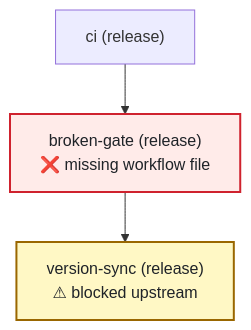
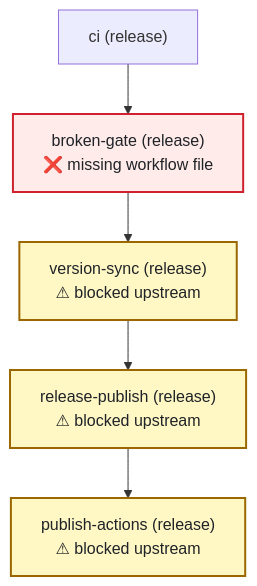
One commit to aeswibon/pipeline-compose changed the second of 2 diagrams in docs/mermaid-demo.md. Above: the diagram before and after it, drawn with Mermaid. The commit also changed other lines of this file and 3 other files, not shown here.

First line of the commit message:
docs: reference PR #7 for annotated mermaid failure demo

````diff
--- a/docs/mermaid-demo.md
+++ b/docs/mermaid-demo.md
@@ -49,10 +51,14 @@
 ```mermaid
 flowchart TD
   ci["ci (release)"]
   broken_gate["broken-gate (release)<br/>❌ missing workflow file"]:::error
   version_sync["version-sync (release)<br/>⚠ blocked upstream"]:::blocked
+  release_publish["release-publish (release)<br/>⚠ blocked upstream"]:::blocked
+  publish_actions["publish-actions (release)<br/>⚠ blocked upstream"]:::blocked
   ci --> broken_gate
   broken_gate --> version_sync
+  version_sync --> release_publish
+  release_publish --> publish_actions
   classDef error fill:#ffebe9,stroke:#cf222e,stroke-width:2px,color:#1f2328
   classDef blocked fill:#fff8c5,stroke:#9a6700,stroke-width:2px,color:#1f2328
 ```
````
